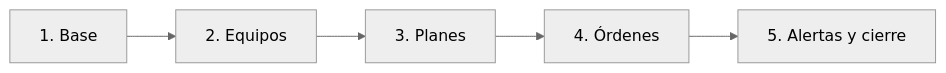
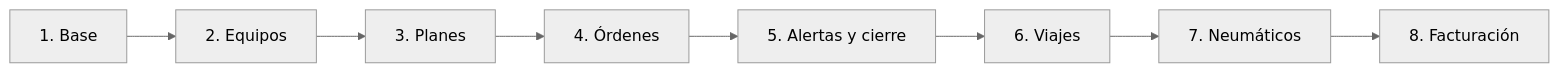
Before and after one commit to oscarvogel/mantenimiento: diagram 12 of 12 in docs/ESPECIFICACION_SISTEMA_MANTENIMIENTO.md, drawn with Mermaid (neutral theme). The commit also changed other lines of this file and 11 other files, not shown here.

````diff
--- a/docs/ESPECIFICACION_SISTEMA_MANTENIMIENTO.md
+++ b/docs/ESPECIFICACION_SISTEMA_MANTENIMIENTO.md
@@ -920,7 +1101,10 @@
 ```mermaid
 flowchart LR
     E1["1. Base"] --> E2["2. Equipos"]
     E2 --> E3["3. Planes"]
     E3 --> E4["4. Órdenes"]
     E4 --> E5["5. Alertas y cierre"]
+    E5 --> E6["6. Viajes"]
+    E6 --> E7["7. Neumáticos"]
+    E7 --> E8["8. Facturación"]
 ```
````
